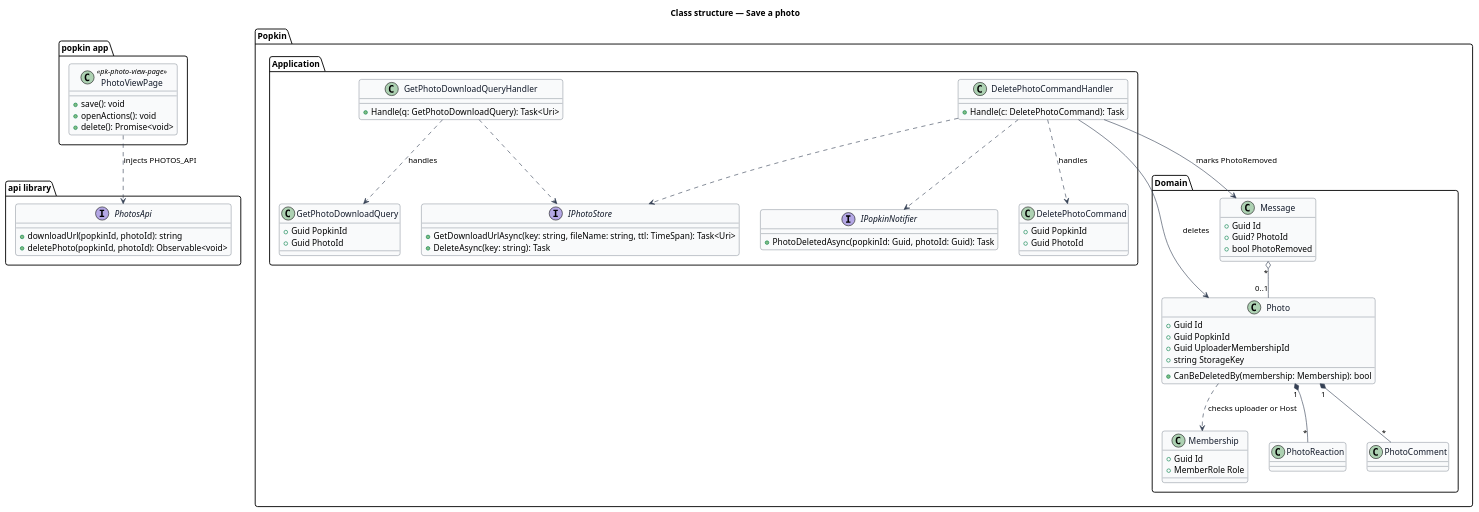
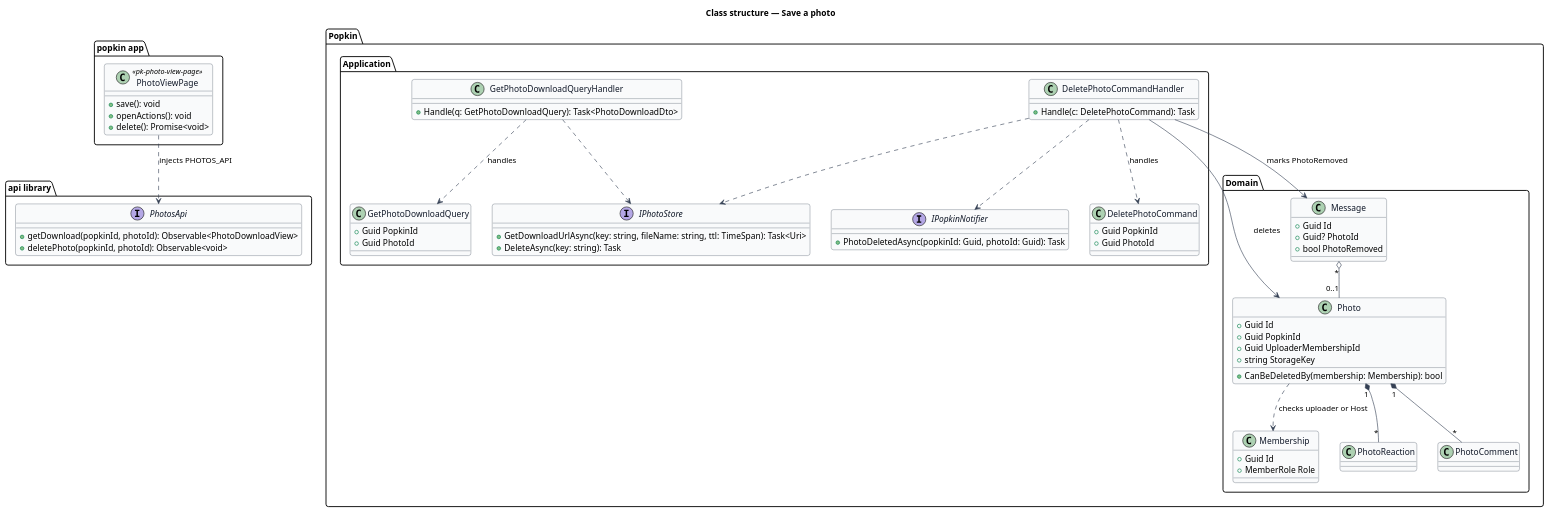
Before and after one commit to QuinntyneBrown/popkin: the diagram in docs/detailed-designs/photos/save-photo/diagrams/class-structure.puml, drawn with PlantUML. The commit also changed 3 other files, not shown here.

```diff
--- a/docs/detailed-designs/photos/save-photo/diagrams/class-structure.puml
+++ b/docs/detailed-designs/photos/save-photo/diagrams/class-structure.puml
@@ -1,84 +1,84 @@
 @startuml
 ' --- shared skin header ---
 skinparam backgroundColor #FFFFFF
 skinparam shadowing false
 skinparam roundcorner 8
 skinparam defaultFontName Arial
 skinparam ArrowColor #344054
 skinparam class {
   BorderColor #344054
   FontColor #101828
   BackgroundColor #F9FAFB
 }
 ' --------------------------
 title Class structure — Save a photo
 
 package "popkin app" {
   class PhotoViewPage <<pk-photo-view-page>> {
     +save(): void
     +openActions(): void
     +delete(): Promise<void>
   }
 }
 package "api library" {
   interface PhotosApi {
-    +downloadUrl(popkinId, photoId): string
+    +getDownload(popkinId, photoId): Observable<PhotoDownloadView>
     +deletePhoto(popkinId, photoId): Observable<void>
   }
 }
 package "Popkin.Application" {
   class GetPhotoDownloadQuery {
     +Guid PopkinId
     +Guid PhotoId
   }
   class GetPhotoDownloadQueryHandler {
-    +Handle(q: GetPhotoDownloadQuery): Task<Uri>
+    +Handle(q: GetPhotoDownloadQuery): Task<PhotoDownloadDto>
   }
   class DeletePhotoCommand {
     +Guid PopkinId
     +Guid PhotoId
   }
   class DeletePhotoCommandHandler {
     +Handle(c: DeletePhotoCommand): Task
   }
   interface IPhotoStore {
     +GetDownloadUrlAsync(key: string, fileName: string, ttl: TimeSpan): Task<Uri>
     +DeleteAsync(key: string): Task
   }
   interface IPopkinNotifier {
     +PhotoDeletedAsync(popkinId: Guid, photoId: Guid): Task
   }
 }
 package "Popkin.Domain" {
   class Photo {
     +Guid Id
     +Guid PopkinId
     +Guid UploaderMembershipId
     +string StorageKey
     +CanBeDeletedBy(membership: Membership): bool
   }
   class Membership {
     +Guid Id
     +MemberRole Role
   }
   class Message {
     +Guid Id
     +Guid? PhotoId
     +bool PhotoRemoved
   }
   class PhotoReaction
   class PhotoComment
 }
 PhotoViewPage ..> PhotosApi : injects PHOTOS_API
 GetPhotoDownloadQueryHandler ..> GetPhotoDownloadQuery : handles
 GetPhotoDownloadQueryHandler ..> IPhotoStore
 DeletePhotoCommandHandler ..> DeletePhotoCommand : handles
 DeletePhotoCommandHandler --> Photo : deletes
 DeletePhotoCommandHandler --> Message : marks PhotoRemoved
 DeletePhotoCommandHandler ..> IPhotoStore
 DeletePhotoCommandHandler ..> IPopkinNotifier
 Photo ..> Membership : checks uploader or Host
 Photo "1" *-- "*" PhotoReaction
 Photo "1" *-- "*" PhotoComment
 Message "*" o-- "0..1" Photo
 @enduml
```
